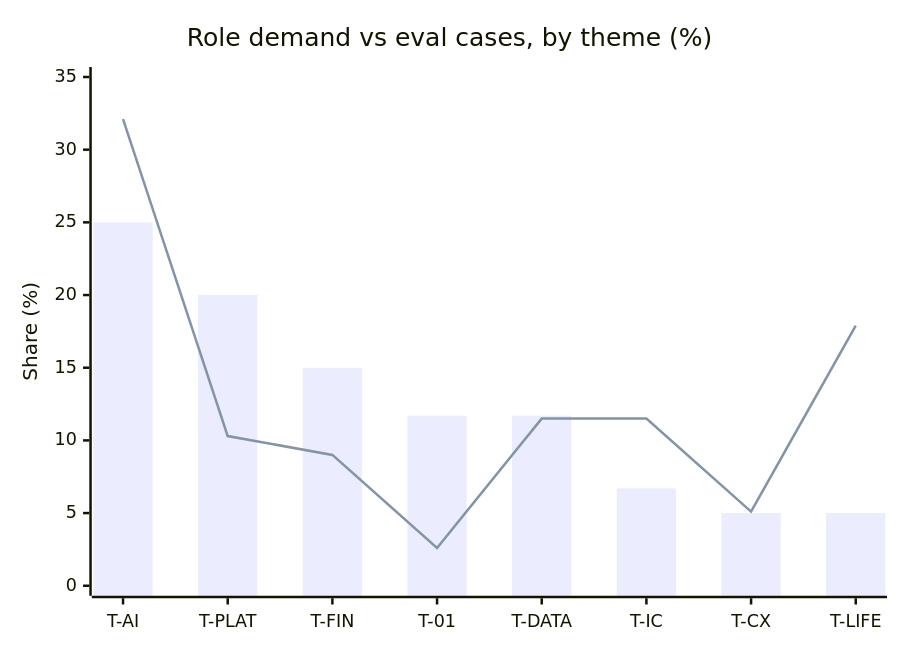
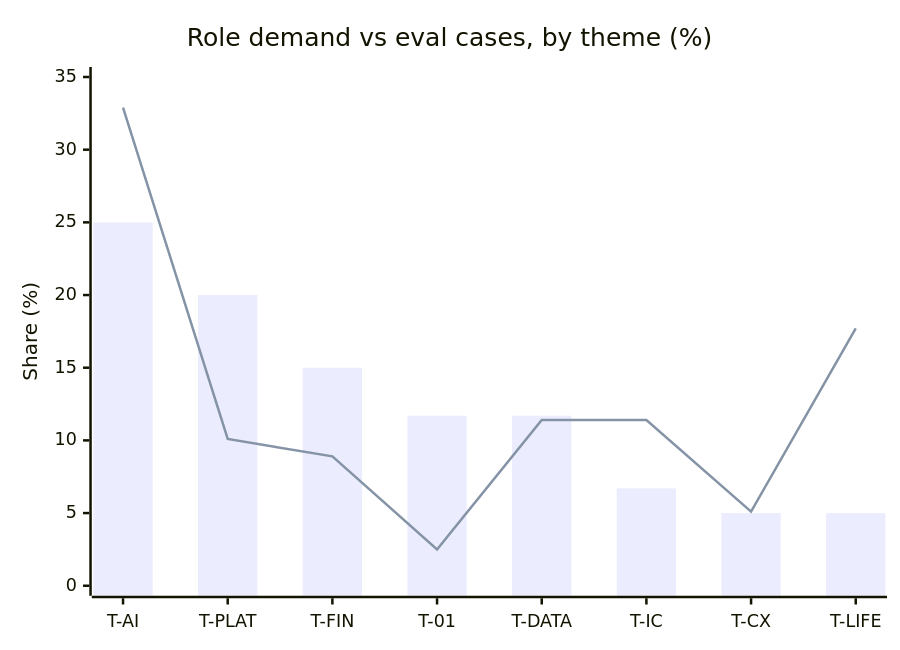
One commit to jordanne-dyck/jordannedyck-ai changed the first of 2 diagrams in COVERAGE.md. Above: the diagram before and after it, drawn with Mermaid. The commit also changed other lines of this file and 3 other files, not shown here.

````diff
--- a/COVERAGE.md
+++ b/COVERAGE.md
@@ -24,8 +24,8 @@
 ```mermaid
 xychart-beta
     title "Role demand vs eval cases, by theme (%)"
     x-axis ["T-AI", "T-PLAT", "T-FIN", "T-01", "T-DATA", "T-IC", "T-CX", "T-LIFE"]
     y-axis "Share (%)" 0 --> 35
     bar [25.0, 20.0, 15.0, 11.7, 11.7, 6.7, 5.0, 5.0]
-    line [32.1, 10.3, 9.0, 2.6, 11.5, 11.5, 5.1, 17.9]
+    line [32.9, 10.1, 8.9, 2.5, 11.4, 11.4, 5.1, 17.7]
 ```
````
